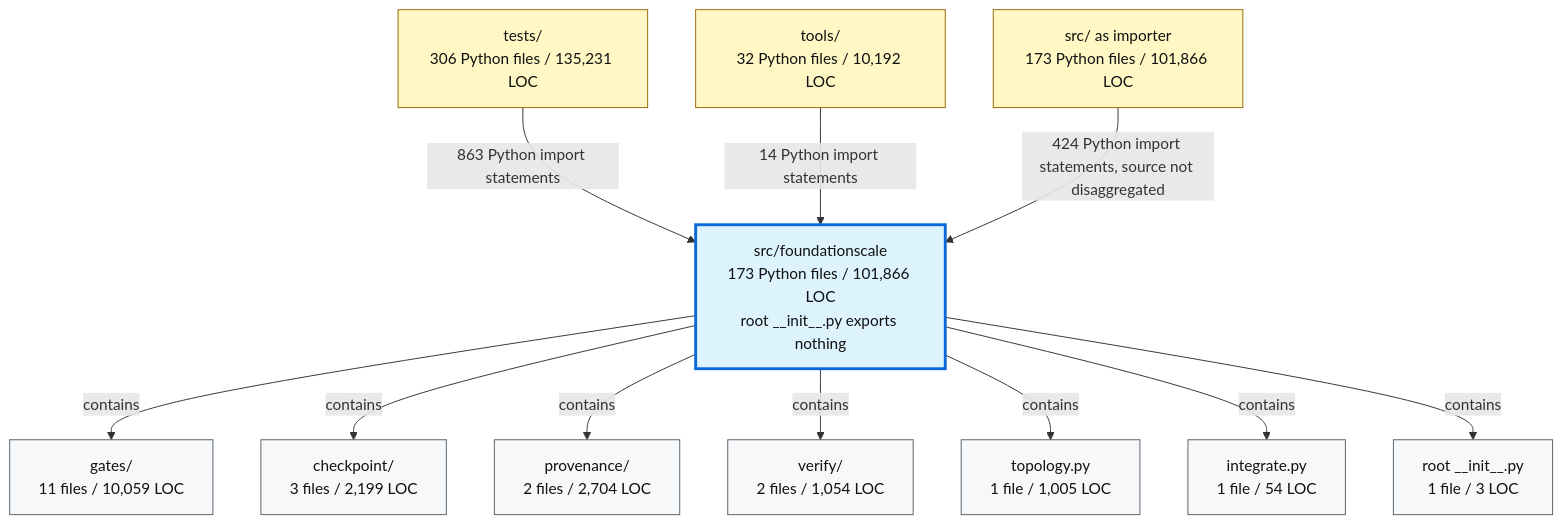
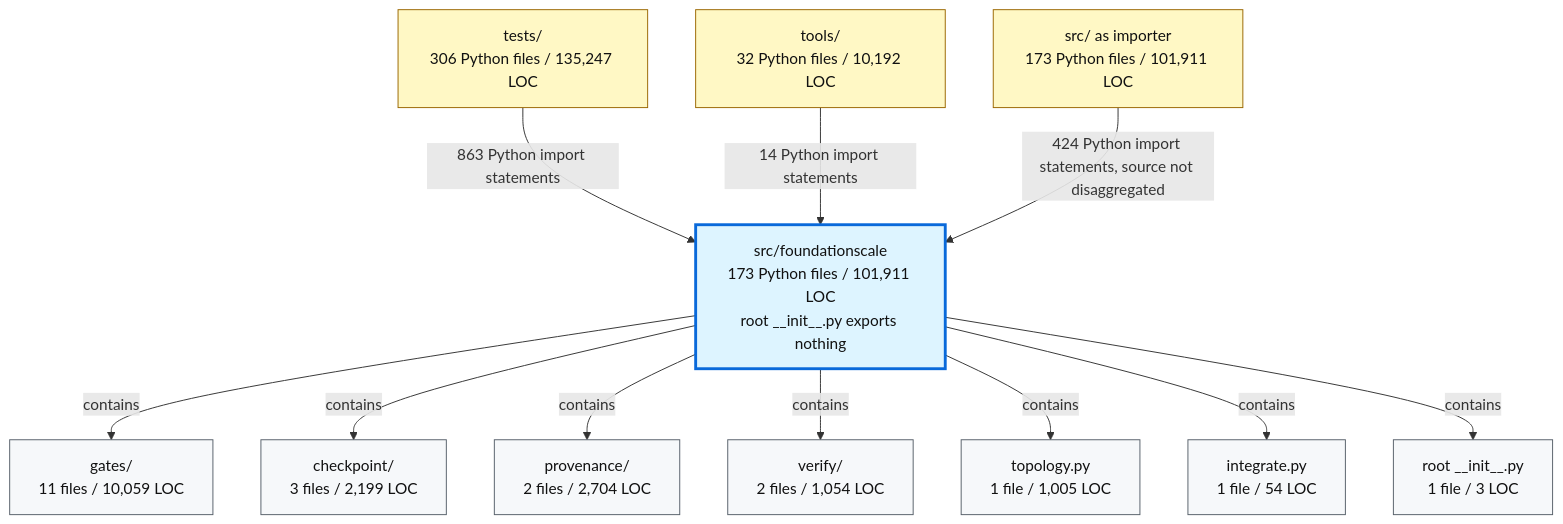
One commit to TranNhiem/FoundationScale changed the second of 2 diagrams in docs/review/D2_current_architecture.md. Above: the diagram before and after it, drawn with Mermaid. The commit also changed other lines of this file and 10 other files, not shown here.

````diff
--- a/docs/review/D2_current_architecture.md
+++ b/docs/review/D2_current_architecture.md
@@ -97,36 +97,36 @@
 ```mermaid
 flowchart TB
-  TESTS["tests/<br/>306 Python files / 135,231 LOC"]
+  TESTS["tests/<br/>306 Python files / 135,247 LOC"]
   TOOLS["tools/<br/>32 Python files / 10,192 LOC"]
-  SRC["src/ as importer<br/>173 Python files / 101,866 LOC"]
+  SRC["src/ as importer<br/>173 Python files / 101,911 LOC"]
 
-  FS["src/foundationscale<br/>173 Python files / 101,866 LOC<br/>root __init__.py exports nothing"]
+  FS["src/foundationscale<br/>173 Python files / 101,911 LOC<br/>root __init__.py exports nothing"]
 
   GATES["gates/<br/>11 files / 10,059 LOC"]
   CKPT["checkpoint/<br/>3 files / 2,199 LOC"]
   PROV["provenance/<br/>2 files / 2,704 LOC"]
   VERIFY["verify/<br/>2 files / 1,054 LOC"]
   TOPO["topology.py<br/>1 file / 1,005 LOC"]
   INTEG["integrate.py<br/>1 file / 54 LOC"]
   ROOT["root __init__.py<br/>1 file / 3 LOC"]
 
   TESTS -->|"863 Python import statements"| FS
   TOOLS -->|"14 Python import statements"| FS
   SRC -->|"424 Python import statements, source not disaggregated"| FS
 
   FS -->|"contains"| GATES
   FS -->|"contains"| CKPT
   FS -->|"contains"| PROV
   FS -->|"contains"| VERIFY
   FS -->|"contains"| TOPO
   FS -->|"contains"| INTEG
   FS -->|"contains"| ROOT
 
   classDef consumer fill:#fff8c5,stroke:#9a6700,color:#111;
   classDef package fill:#ddf4ff,stroke:#0969da,stroke-width:3px,color:#111;
   classDef module fill:#f6f8fa,stroke:#57606a,color:#111;
 
   class TESTS,TOOLS,SRC consumer;
   class FS package;
   class GATES,CKPT,PROV,VERIFY,TOPO,INTEG,ROOT module;
 ```
````
